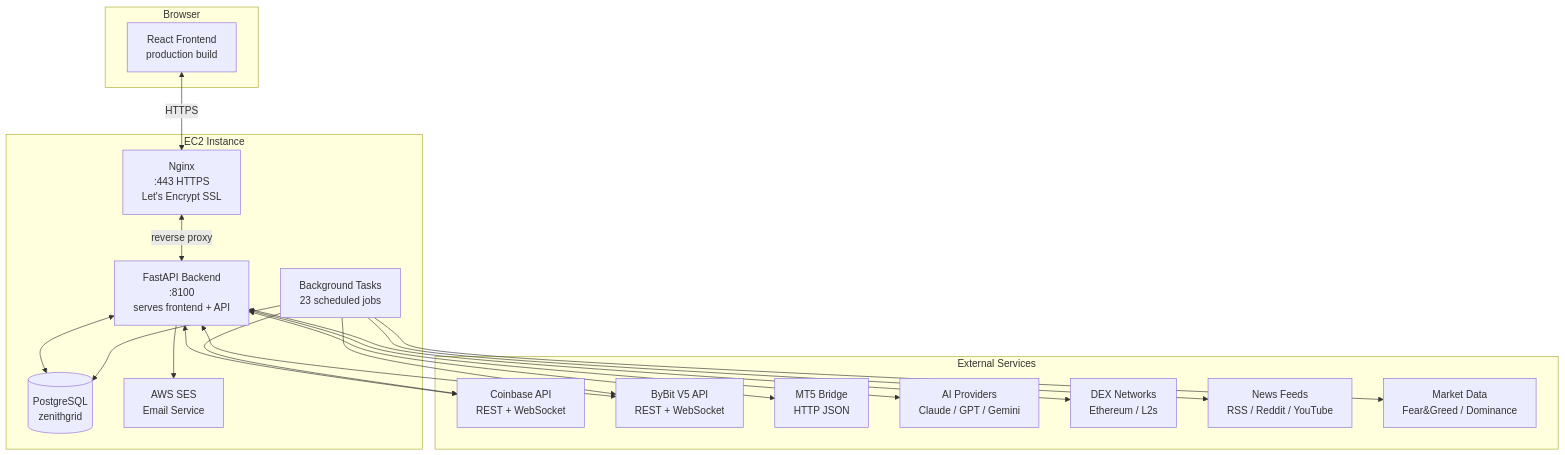
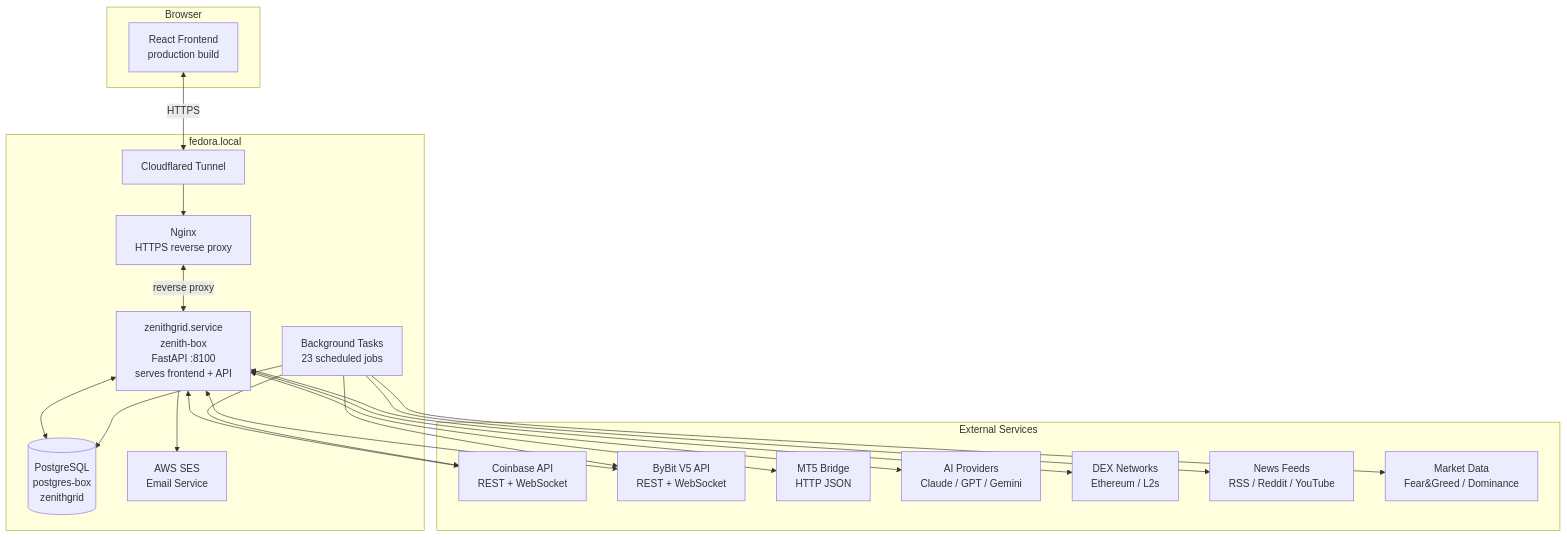
One commit to lromero74/ZenithGrid changed the first of 5 diagrams in docs/ARCHITECTURE.md. Above: the diagram before and after it, drawn with Mermaid. The commit also changed other lines of this file and 18 other files, not shown here.

````diff
--- a/docs/ARCHITECTURE.md
+++ b/docs/ARCHITECTURE.md
@@ -31,39 +31,41 @@
 ```mermaid
 graph TB
     subgraph Browser
         FE[React Frontend<br/>production build]
     end
 
-    subgraph "EC2 Instance"
-        NGX[Nginx<br/>:443 HTTPS<br/>Let's Encrypt SSL]
-        BE[FastAPI Backend<br/>:8100<br/>serves frontend + API]
-        DB[(PostgreSQL<br/>zenithgrid)]
+    subgraph "fedora.local"
+        CF[Cloudflared Tunnel]
+        NGX[Nginx<br/>HTTPS reverse proxy]
+        BE[zenithgrid.service<br/>zenith-box<br/>FastAPI :8100<br/>serves frontend + API]
+        DB[(PostgreSQL<br/>postgres-box<br/>zenithgrid)]
         BG[Background Tasks<br/>23 scheduled jobs]
         SES[AWS SES<br/>Email Service]
     end
 
     subgraph "External Services"
         CB[Coinbase API<br/>REST + WebSocket]
         BB[ByBit V5 API<br/>REST + WebSocket]
         MT5[MT5 Bridge<br/>HTTP JSON]
         AI[AI Providers<br/>Claude / GPT / Gemini]
         DEX[DEX Networks<br/>Ethereum / L2s]
         NEWS[News Feeds<br/>RSS / Reddit / YouTube]
         MKT[Market Data<br/>Fear&Greed / Dominance]
     end
 
-    FE <-->|HTTPS| NGX
+    FE <-->|HTTPS| CF
+    CF --> NGX
     NGX <-->|reverse proxy| BE
     BE <--> DB
     BG --> DB
     BE <--> CB
     BE <--> BB
     BE <--> MT5
     BE <--> AI
     BE <--> DEX
     BG --> NEWS
     BG --> MKT
     BG --> CB
     BG --> BB
     BE --> SES
 ```
````
